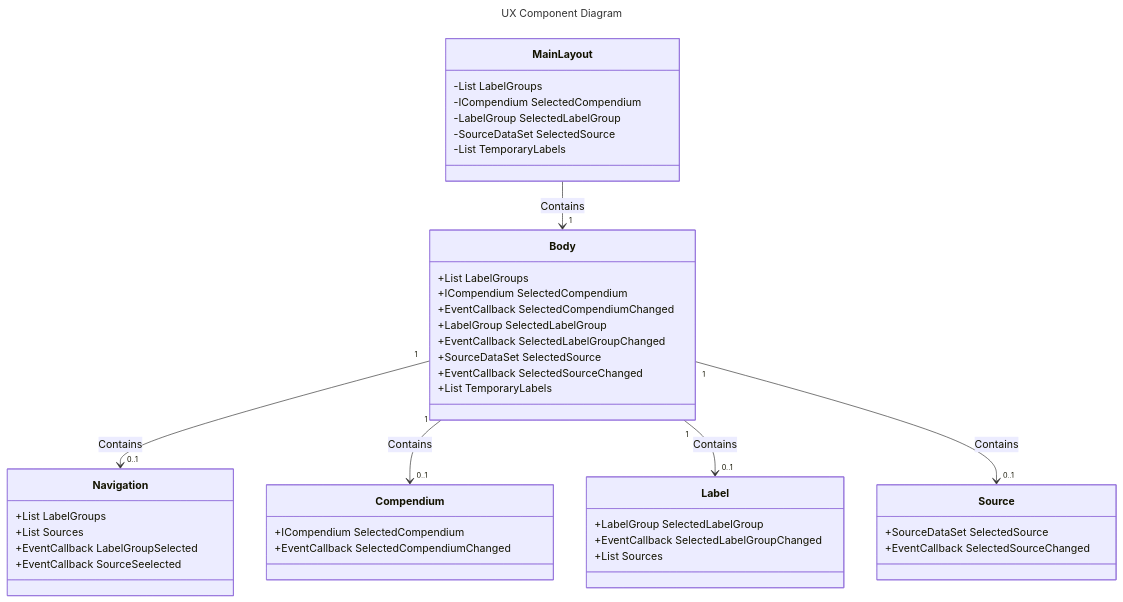
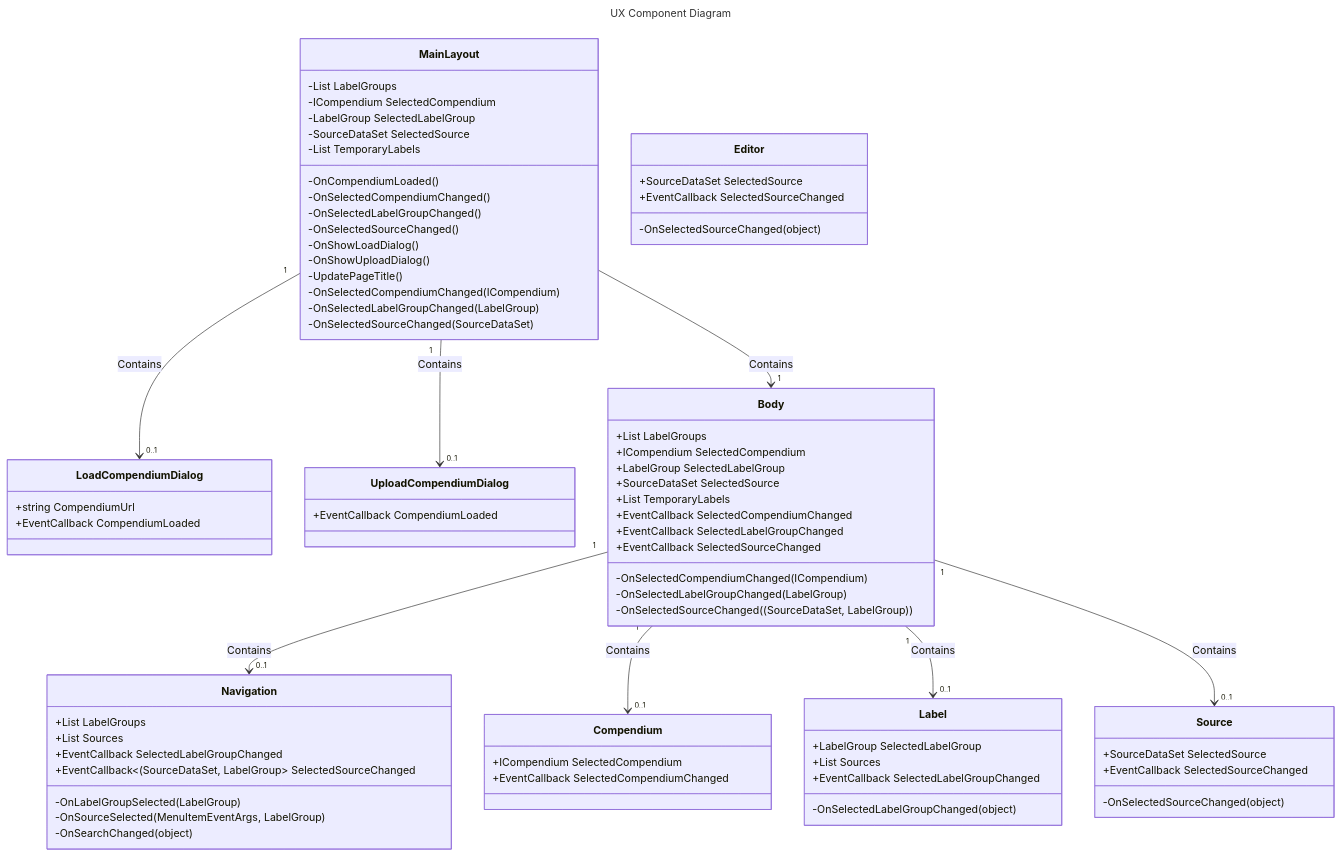
The diagram in README.md (open-campaign-logger/compendium-helper), drawn with Mermaid before and after one commit. The commit also changed 19 other files, not shown here.

````diff
--- a/README.md
+++ b/README.md
@@ -13,47 +13,79 @@
 ```mermaid
 ---
 title: UX Component Diagram
 ---
 classDiagram
     class MainLayout{
         -List<LabelGroup> LabelGroups
         -ICompendium SelectedCompendium
         -LabelGroup SelectedLabelGroup
         -SourceDataSet SelectedSource        
         -List<string> TemporaryLabels
+        -OnCompendiumLoaded()
+        -OnSelectedCompendiumChanged()
+        -OnSelectedLabelGroupChanged()
+        -OnSelectedSourceChanged()
+        -OnShowLoadDialog()
+        -OnShowUploadDialog()
+        -UpdatePageTitle()
+        -OnSelectedCompendiumChanged(ICompendium)
+        -OnSelectedLabelGroupChanged(LabelGroup)
+        -OnSelectedSourceChanged(SourceDataSet)
+    }
+    class LoadCompendiumDialog{
+        +string CompendiumUrl
+	    +EventCallback<ICompendium> CompendiumLoaded
+	}
+    MainLayout "1" --> "0..1" LoadCompendiumDialog : Contains
+    class UploadCompendiumDialog{
+	    +EventCallback<ICompendium> CompendiumLoaded
+    }
+    MainLayout "1" --> "0..1" UploadCompendiumDialog : Contains
+    class Body{
+        +List<LabelGroup> LabelGroups
+        +ICompendium SelectedCompendium        
+        +LabelGroup SelectedLabelGroup        
+        +SourceDataSet SelectedSource
+        +List<string> TemporaryLabels
+        +EventCallback<ICompendium> SelectedCompendiumChanged
+        +EventCallback<LabelGroup> SelectedLabelGroupChanged
+        +EventCallback<SourceDataSet> SelectedSourceChanged
+        -OnSelectedCompendiumChanged(ICompendium)
+        -OnSelectedLabelGroupChanged(LabelGroup)
+        -OnSelectedSourceChanged((SourceDataSet, LabelGroup))
     }
     MainLayout --> "1" Body : Contains
-    class Body{
-        +List<LabelGroup> LabelGroups
-        +ICompendium SelectedCompendium
-        +EventCallback<ICompendium> SelectedCompendiumChanged
-        +LabelGroup SelectedLabelGroup
-        +EventCallback<LabelGroup> SelectedLabelGroupChanged
-        +SourceDataSet SelectedSource
-        +EventCallback<SourceDataSet> SelectedSourceChanged
-        +List<string> TemporaryLabels
-    }
-    Body "1" --> "0..1" Navigation : Contains
     class Navigation{
         +List<LabelGroup> LabelGroups
         +List<SourceDataSet> Sources
-        +EventCallback<LabelGroup> LabelGroupSelected
-        +EventCallback<SourceDataSet> SourceSeelected
+        +EventCallback<LabelGroup> SelectedLabelGroupChanged
+        +EventCallback<(SourceDataSet, LabelGroup> SelectedSourceChanged
+        -OnLabelGroupSelected(LabelGroup)
+        -OnSourceSelected(MenuItemEventArgs, LabelGroup)
+        -OnSearchChanged(object)        
     }
+    Body "1" --> "0..1" Navigation : Contains
     class Compendium{
 		+ICompendium SelectedCompendium
         +EventCallback<ICompendium> SelectedCompendiumChanged
 	}
     Body "1" --> "0..1" Compendium : Contains
     class Label{
         +LabelGroup SelectedLabelGroup
-        +EventCallback<LabelGroup> SelectedLabelGroupChanged        
         +List<SourceDataSet> Sources
+        +EventCallback<LabelGroup> SelectedLabelGroupChanged     
+        -OnSelectedLabelGroupChanged(object)
     }
     Body "1" --> "0..1" Label : Contains
     class Source{
         +SourceDataSet SelectedSource
 		+EventCallback<SourceDataSet> SelectedSourceChanged
+        -OnSelectedSourceChanged(object)
+	}
+    class Editor{
+		+SourceDataSet SelectedSource
+		+EventCallback<SourceDataSet> SelectedSourceChanged
+		-OnSelectedSourceChanged(object)
 	}
     Body "1" --> "0..1" Source : Contains
 ```
````
